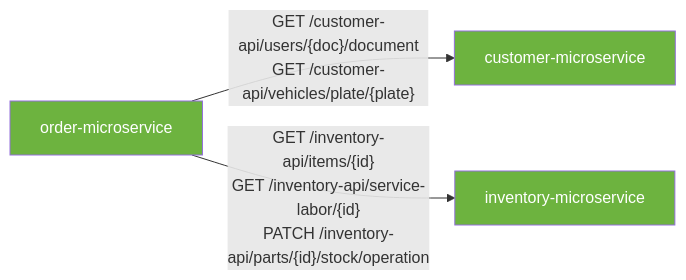
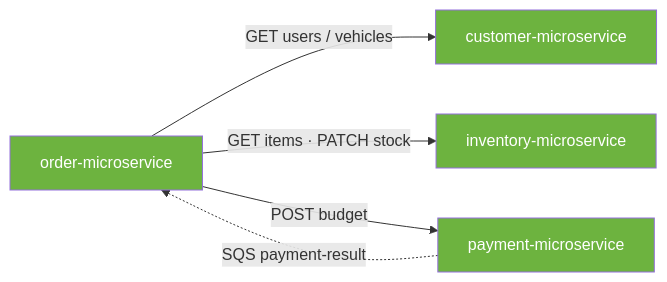
One commit to NullPointerXp/.github changed the second of 7 diagrams in profile/README.md. Above: the diagram before and after it, drawn with Mermaid. The commit also changed other lines of this file, not shown here.

````diff
--- a/profile/README.md
+++ b/profile/README.md
@@ -265,13 +369,17 @@
 ```mermaid
 graph LR
     Order["order-microservice"]
     Customer["customer-microservice"]
     Inventory["inventory-microservice"]
+    Payment["payment-microservice"]
 
-    Order -->|"GET /customer-api/users/{doc}/document<br/>GET /customer-api/vehicles/plate/{plate}"| Customer
-    Order -->|"GET /inventory-api/items/{id}<br/>GET /inventory-api/service-labor/{id}<br/>PATCH /inventory-api/parts/{id}/stock/operation"| Inventory
+    Order -->|"GET users / vehicles"| Customer
+    Order -->|"GET items · PATCH stock"| Inventory
+    Order -->|"POST budget"| Payment
+    Payment -.->|"SQS payment-result"| Order
 
     style Order fill:#6DB33F,color:#fff
     style Customer fill:#6DB33F,color:#fff
     style Inventory fill:#6DB33F,color:#fff
+    style Payment fill:#6DB33F,color:#fff
 ```
````
